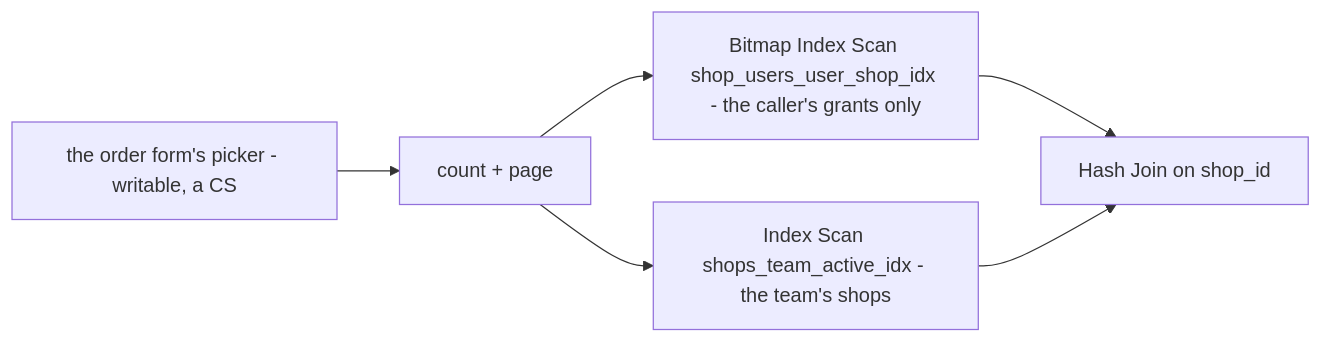
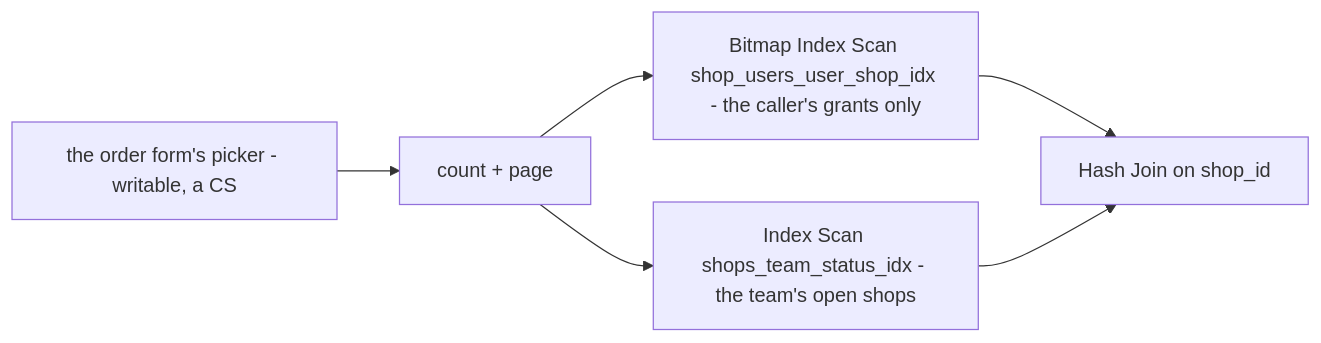
The diagram in audits/services/selling_service/performances/ShopList.md (pdcgo/warehouse_revamp), drawn with Mermaid before and after one commit. The commit also changed other lines of this file and 89 other files, not shown here.

````diff
--- a/audits/services/selling_service/performances/ShopList.md
+++ b/audits/services/selling_service/performances/ShopList.md
@@ -20,8 +20,8 @@
 ```mermaid
 flowchart LR
   P["the order form's picker - writable, a CS"] --> C["count + page"]
   C --> S["Bitmap Index Scan shop_users_user_shop_idx - the caller's grants only"]
-  C --> I["Index Scan shops_team_active_idx - the team's shops"]
+  C --> I["Index Scan shops_team_status_idx - the team's open shops"]
   S --> J["Hash Join on shop_id"]
   I --> J
 ```
````
